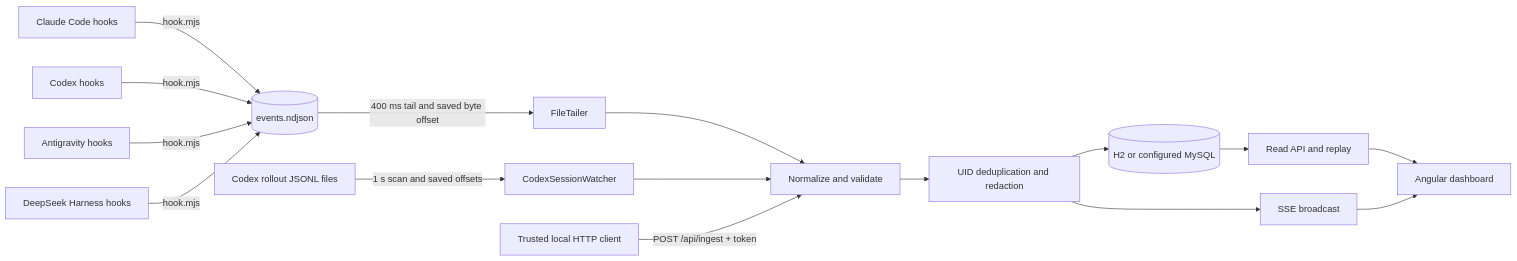
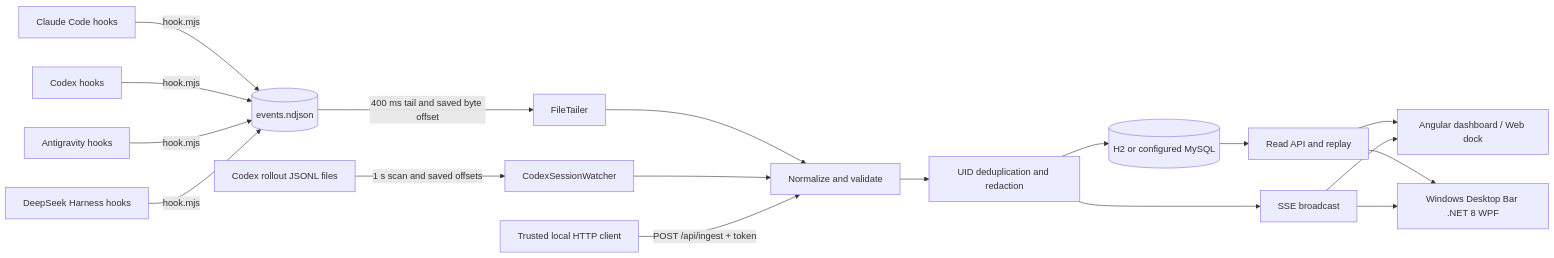
The diagram in docs/ARCHITECTURE.md (FerS00/Overseer), drawn with Mermaid before and after one commit. The commit also changed 2 other files, not shown here.

Commit message:
docs: document desktop client in architecture, installation guide and preview notice

````diff
--- a/docs/ARCHITECTURE.md
+++ b/docs/ARCHITECTURE.md
@@ -7,18 +7,20 @@
 ```mermaid
 flowchart LR
     CH[Claude Code hooks] -->|hook.mjs| ND[(events.ndjson)]
     XH[Codex hooks] -->|hook.mjs| ND
     AH[Antigravity hooks] -->|hook.mjs| ND
     DH[DeepSeek Harness hooks] -->|hook.mjs| ND
     ND -->|400 ms tail and saved byte offset| FT[FileTailer]
     XR[Codex rollout JSONL files] -->|1 s scan and saved offsets| CW[CodexSessionWatcher]
     FT --> N[Normalize and validate]
     CW --> N
     LC[Trusted local HTTP client] -->|POST /api/ingest + token| N
     N --> D[UID deduplication and redaction]
     D --> DB[(H2 or configured MySQL)]
     D --> SS[SSE broadcast]
     DB --> REST[Read API and replay]
-    REST --> UI[Angular dashboard]
+    REST --> UI[Angular dashboard / Web dock]
     SS --> UI
+    REST --> DESK[Windows Desktop Bar .NET 8 WPF]
+    SS --> DESK
 ```
````
